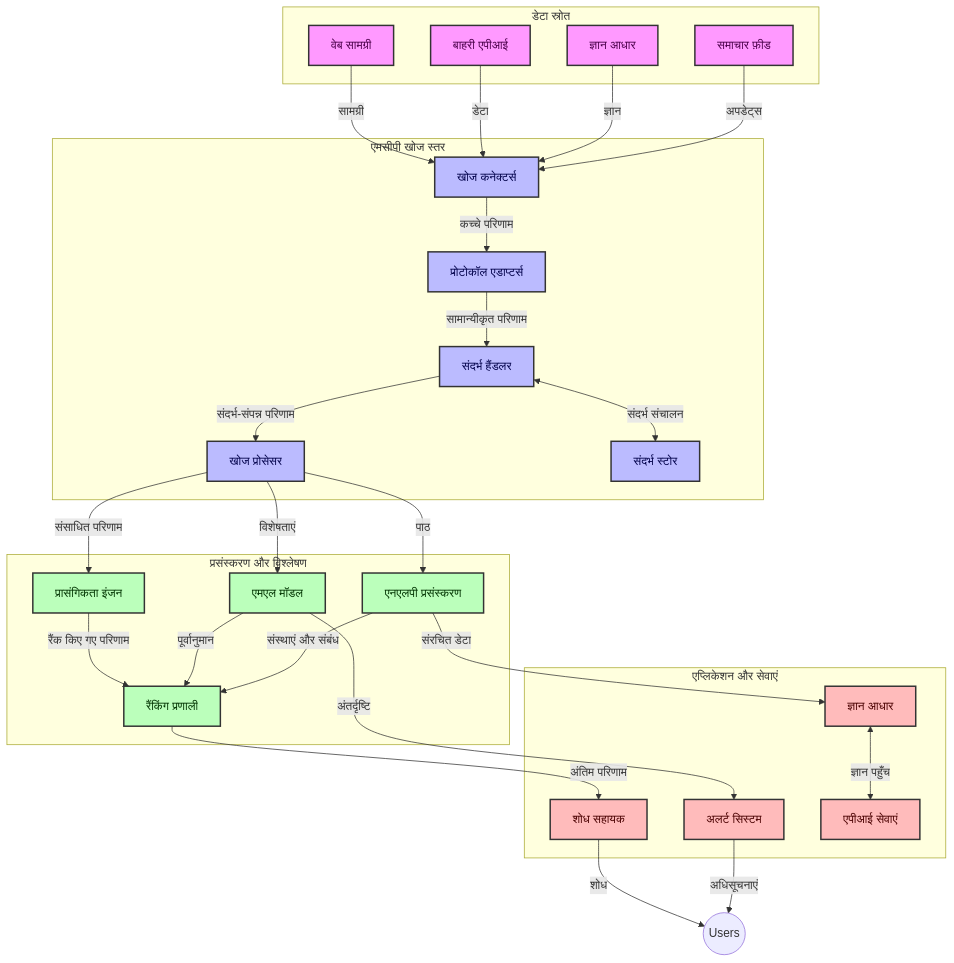
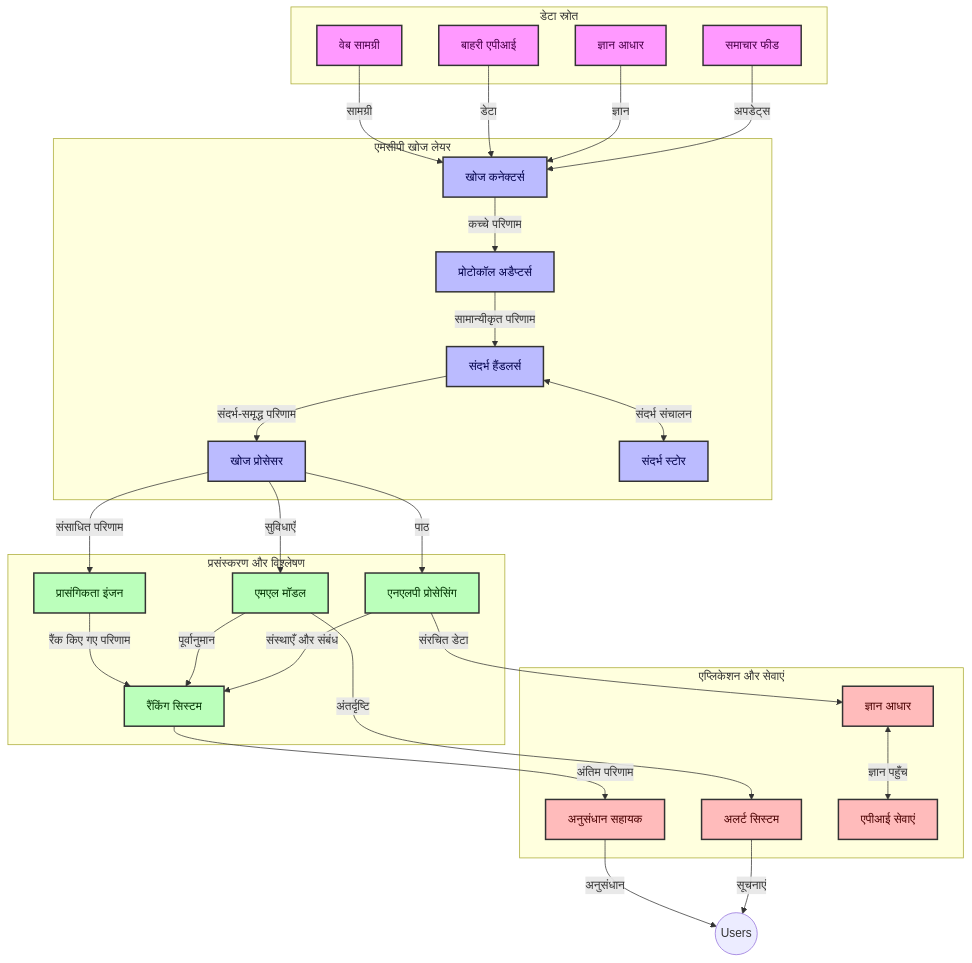
One commit to microsoft/mcp-for-beginners changed the first of 4 diagrams in translations/hi/05-AdvancedTopics/mcp-realtimesearch/README.md. Above: the diagram before and after it, drawn with Mermaid. The commit also changed other lines of this file and 110 other files, not shown here.

````diff
--- a/translations/hi/05-AdvancedTopics/mcp-realtimesearch/README.md
+++ b/translations/hi/05-AdvancedTopics/mcp-realtimesearch/README.md
@@ -109,66 +109,66 @@
 ```mermaid
 graph TD
     subgraph "डेटा स्रोत"
         Web[वेब सामग्री]
         APIs[बाहरी एपीआई]
         DB[ज्ञान आधार]
-        News[समाचार फ़ीड]
+        News[समाचार फीड]
     end
 
-    subgraph "एमसीपी खोज स्तर"
+    subgraph "एमसीपी खोज लेयर"
         SC[खोज कनेक्टर्स]
-        PA[प्रोटोकॉल एडाप्टर्स]
-        CH[संदर्भ हैंडलर]
+        PA[प्रोटोकॉल अडैप्टर्स]
+        CH[संदर्भ हैंडलर्स]
         SP[खोज प्रोसेसर]
         CS[संदर्भ स्टोर]
     end
 
     subgraph "प्रसंस्करण और विश्लेषण"
         RE[प्रासंगिकता इंजन]
         ML[एमएल मॉडल]
-        NLP[एनएलपी प्रसंस्करण]
-        Rank[रैंकिंग प्रणाली]
+        NLP[एनएलपी प्रोसेसिंग]
+        Rank[रैंकिंग सिस्टम]
     end
 
     subgraph "एप्लिकेशन और सेवाएं"
-        RA[शोध सहायक]
+        RA[अनुसंधान सहायक]
         Alerts[अलर्ट सिस्टम]
         KB[ज्ञान आधार]
         API[एपीआई सेवाएं]
     end
 
     Web -->|सामग्री| SC
     APIs -->|डेटा| SC
     DB -->|ज्ञान| SC
     News -->|अपडेट्स| SC
     
     SC -->|कच्चे परिणाम| PA
     PA -->|सामान्यीकृत परिणाम| CH
     CH <-->|संदर्भ संचालन| CS
-    CH -->|संदर्भ-संपन्न परिणाम| SP
+    CH -->|संदर्भ-समृद्ध परिणाम| SP
     SP -->|संसाधित परिणाम| RE
-    SP -->|विशेषताएं| ML
+    SP -->|सुविधाएँ| ML
     SP -->|पाठ| NLP
     
     RE -->|रैंक किए गए परिणाम| Rank
     ML -->|पूर्वानुमान| Rank
-    NLP -->|संस्थाएं और संबंध| Rank
+    NLP -->|संस्थाएँ और संबंध| Rank
     
     Rank -->|अंतिम परिणाम| RA
     ML -->|अंतर्दृष्टि| Alerts
     NLP -->|संरचित डेटा| KB
     
-    RA -->|शोध| Users((Users))
-    Alerts -->|अधिसूचनाएं| Users
+    RA -->|अनुसंधान| Users((Users))
+    Alerts -->|सूचनाएं| Users
     KB <-->|ज्ञान पहुँच| API
 
     classDef sources fill:#f9f,stroke:#333,stroke-width:2px,color:#4a004a
     classDef mcp fill:#bbf,stroke:#333,stroke-width:2px,color:#00004a
     classDef processing fill:#bfb,stroke:#333,stroke-width:2px,color:#003300
     classDef apps fill:#fbb,stroke:#333,stroke-width:2px,color:#4a0000
     
     class Web,APIs,DB,News sources
     class SC,PA,CH,SP,CS mcp
     class RE,ML,NLP,Rank processing
     class RA,Alerts,KB,API apps
 ```
````
